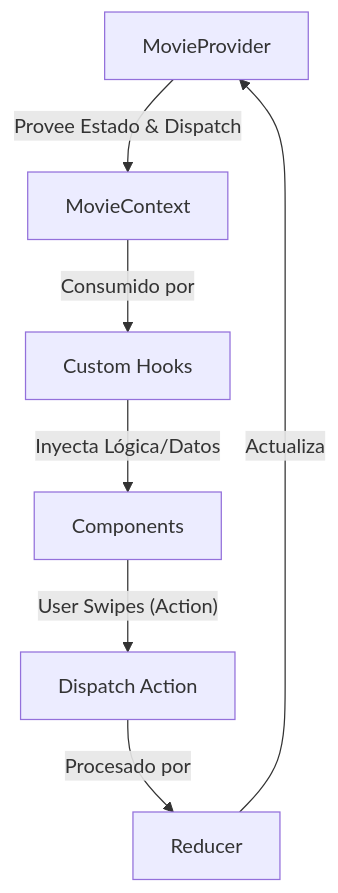
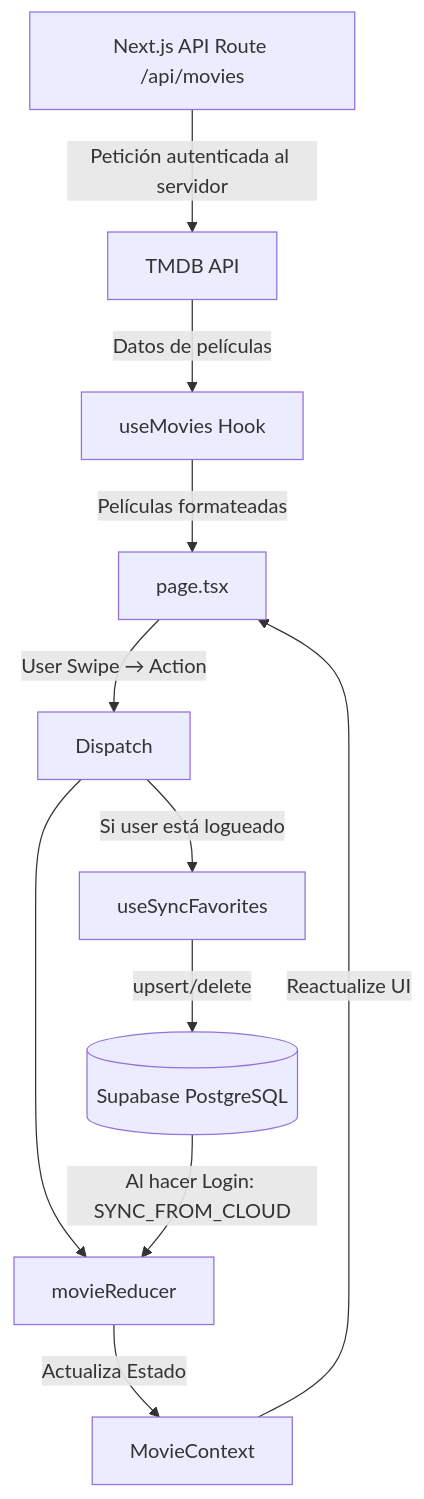
Before and after one commit to qbenitez13-wq/CineSwipe: the diagram in ARCHITECTURE.md, drawn with Mermaid. The commit also changed other lines of this file and 98 other files, not shown here.

Commit message:
Fase 2: Next.js, Supabase y Framer Motion

````diff
--- a/ARCHITECTURE.md
+++ b/ARCHITECTURE.md
@@ -37,9 +56,13 @@
 ```mermaid
 graph TD
-    A[MovieProvider] -- "Provee Estado & Dispatch" --> B[MovieContext]
-    B -- "Consumido por" --> C[Custom Hooks]
-    C -- "Inyecta Lógica/Datos" --> D[Components]
-    D -- "User Swipes (Action)" --> E[Dispatch Action]
-    E -- "Procesado por" --> F[Reducer]
-    F -- "Actualiza" --> A
+    A[Next.js API Route /api/movies] -- "Petición autenticada al servidor" --> B[TMDB API]
+    B -- "Datos de películas" --> C[useMovies Hook]
+    C -- "Películas formateadas" --> D[page.tsx]
+    D -- "User Swipe → Action" --> E[Dispatch]
+    E --> F[movieReducer]
+    F -- "Actualiza Estado" --> G[MovieContext]
+    G -- "Reactualize UI" --> D
+    E -- "Si user está logueado" --> H[useSyncFavorites]
+    H -- "upsert/delete" --> I[(Supabase PostgreSQL)]
+    I -- "Al hacer Login: SYNC_FROM_CLOUD" --> F
 ```
````
